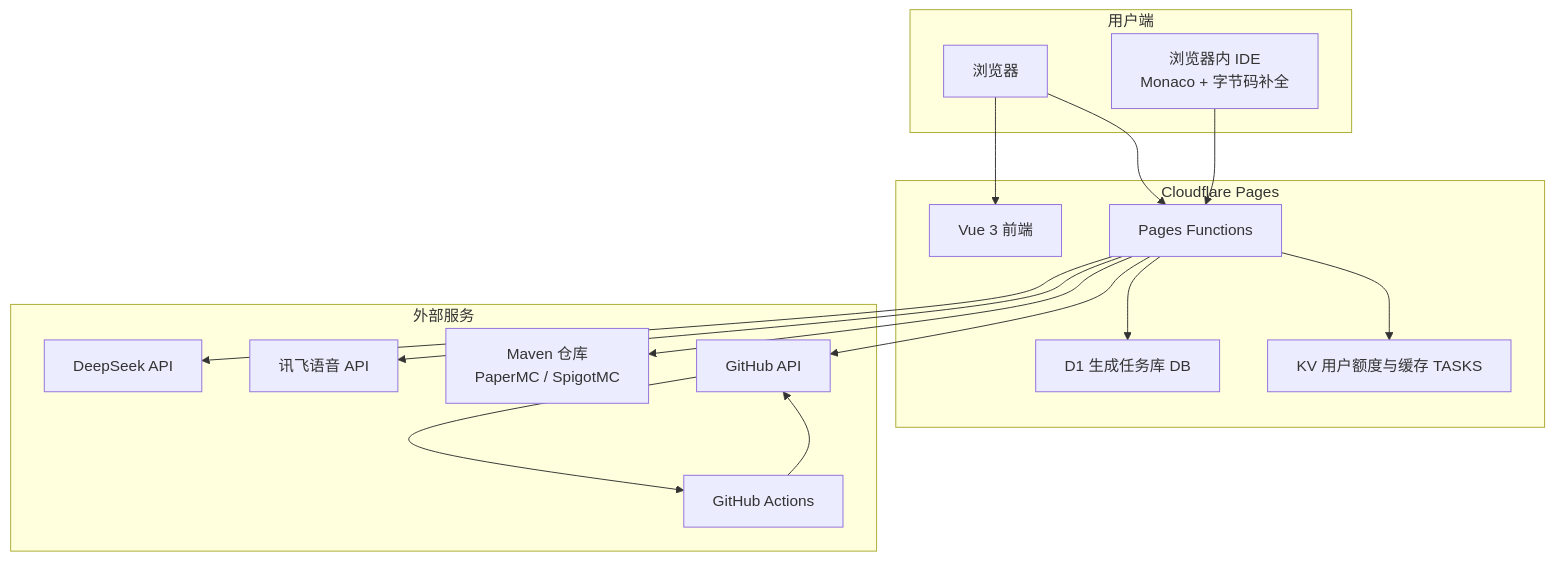
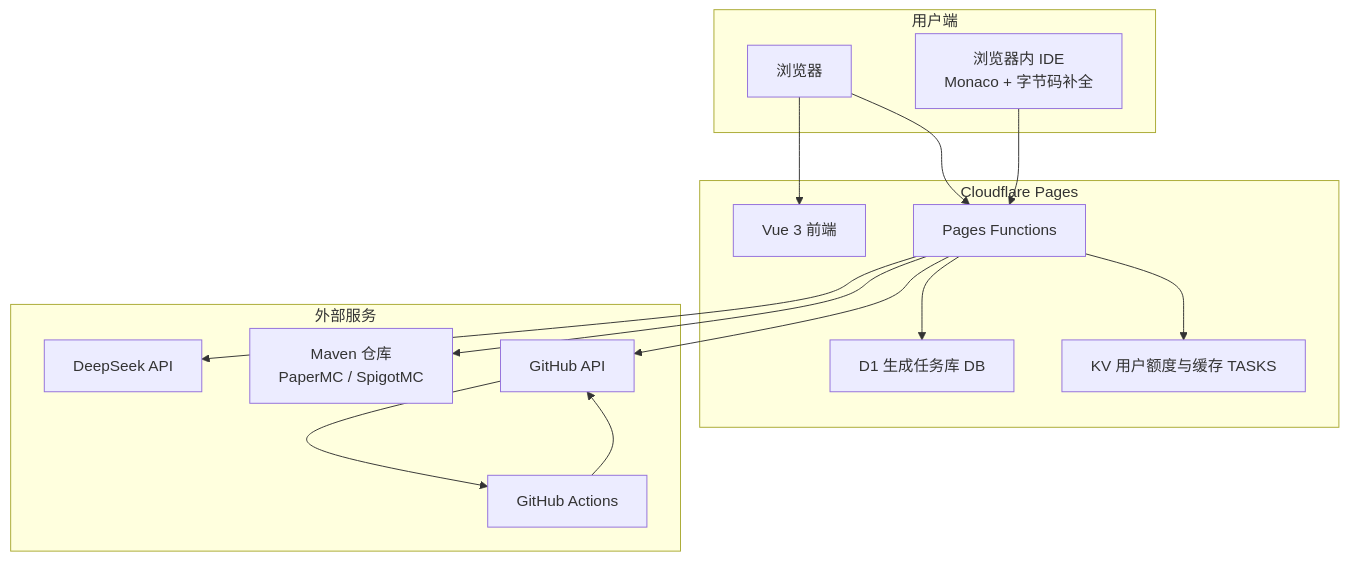
One commit to superwfox/minecraft-dev changed the first of 3 diagrams in docs/technical/architecture.md. Above: the diagram before and after it, drawn with Mermaid. The commit also changed other lines of this file and 52 other files, not shown here.

````diff
--- a/docs/technical/architecture.md
+++ b/docs/technical/architecture.md
@@ -7,34 +7,32 @@
 ```mermaid
 graph TB
     subgraph "用户端"
         Browser[浏览器]
         IDE[浏览器内 IDE<br/>Monaco + 字节码补全]
     end
 
     subgraph "Cloudflare Pages"
         Frontend[Vue 3 前端]
         Functions[Pages Functions]
         D1[D1 生成任务库 DB]
         KV[KV 用户额度与缓存 TASKS]
     end
 
     subgraph "外部服务"
         DeepSeek[DeepSeek API]
-        XFYun[讯飞语音 API]
         Maven[Maven 仓库<br/>PaperMC / SpigotMC]
         GitHub[GitHub API]
         Actions[GitHub Actions]
     end
 
     Browser --> Frontend
     Browser --> Functions
     IDE --> Functions
     Functions --> D1
     Functions --> KV
     Functions --> DeepSeek
-    Functions --> XFYun
     Functions --> Maven
     Functions --> GitHub
     GitHub --> Actions
     Actions --> GitHub
 ```
````
